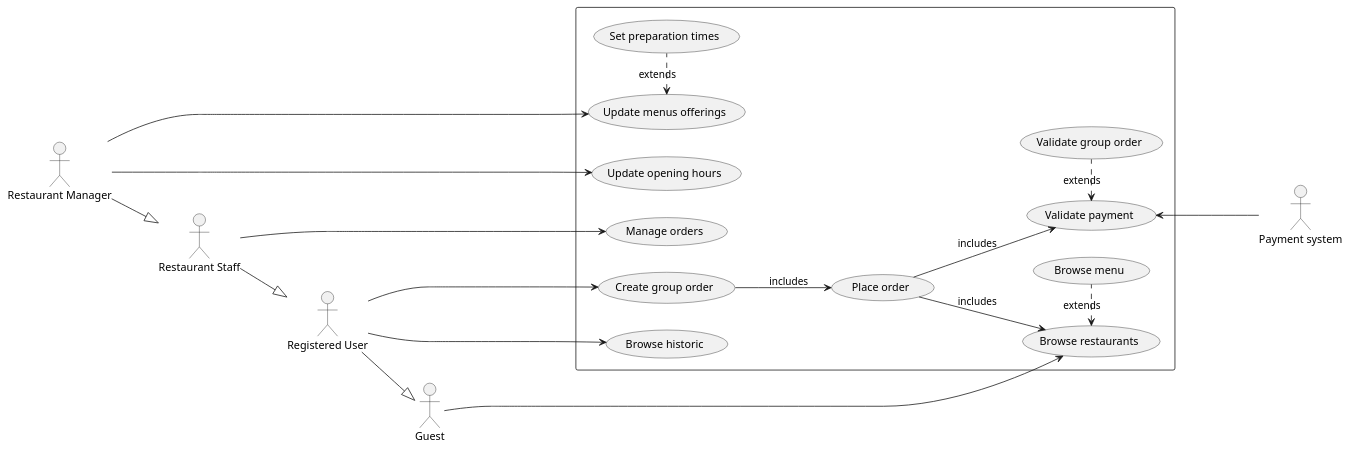
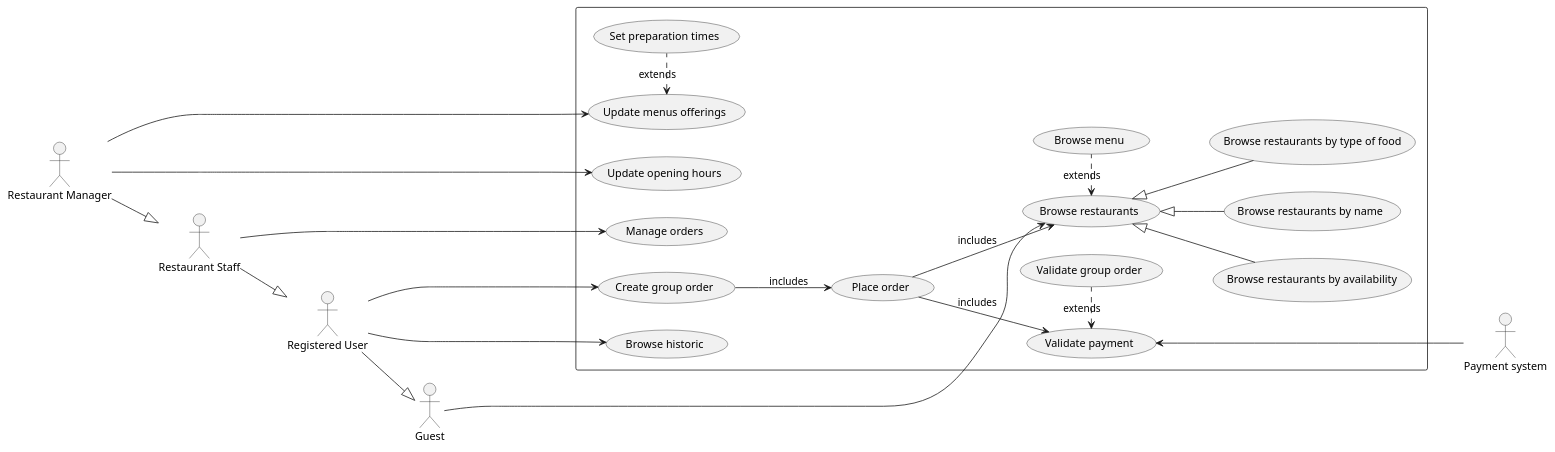
The first of 4 diagrams in doc/uml.md (Other-Project/SI4-STEats), drawn with PlantUML before and after one commit. The commit also changed other lines of this file, not shown here.

Commit message:
docs(#5): Browse restaurant use case

````diff
--- a/doc/uml.md
+++ b/doc/uml.md
@@ -30,42 +30,47 @@
 ```plantuml
 @startuml
 left to right direction
 actor "Restaurant Manager" as manager
 actor "Restaurant Staff" as restaurant
 actor "Registered User" as registered_user
 actor "Guest" as guest
 actor "Payment system" as payment_system
 rectangle {
   usecase "Browse restaurants" as UC1
+  usecase "Browse restaurants by name" as UC1A
+  usecase "Browse restaurants by type of food" as UC1B
+  usecase "Browse restaurants by availability" as UC1C
   usecase "Browse menu" as UC2
   usecase "Update opening hours" as UC10
   usecase "Update menus offerings" as UC20
   usecase "Set preparation times" as UC30
   usecase "Manage orders" as UC40
   usecase "Place order" as UC3
   usecase "Create group order" as UC4
   usecase "Validate group order" as UC5
   usecase "Browse historic" as UC6
   usecase "Validate payment" as UC7
 }
 manager --|> restaurant
 restaurant --|> registered_user
 registered_user --|> guest
 guest ------> UC1
 UC1 <. UC2 : extends
+UC1 <|-- UC1A
+UC1 <|-- UC1B
+UC1 <|-- UC1C
  
 UC3 --> UC1 : includes
 registered_user ---> UC4 
 registered_user ---> UC6
 UC4 --> UC3 : includes
 UC3 --> UC7 : includes
 UC7 <. UC5 : extends
 UC7 <--- payment_system
 
 restaurant --> UC40
 manager --> UC10
 manager --> UC20
 UC20 <. UC30 : extends
-
 @enduml
 ```
````
